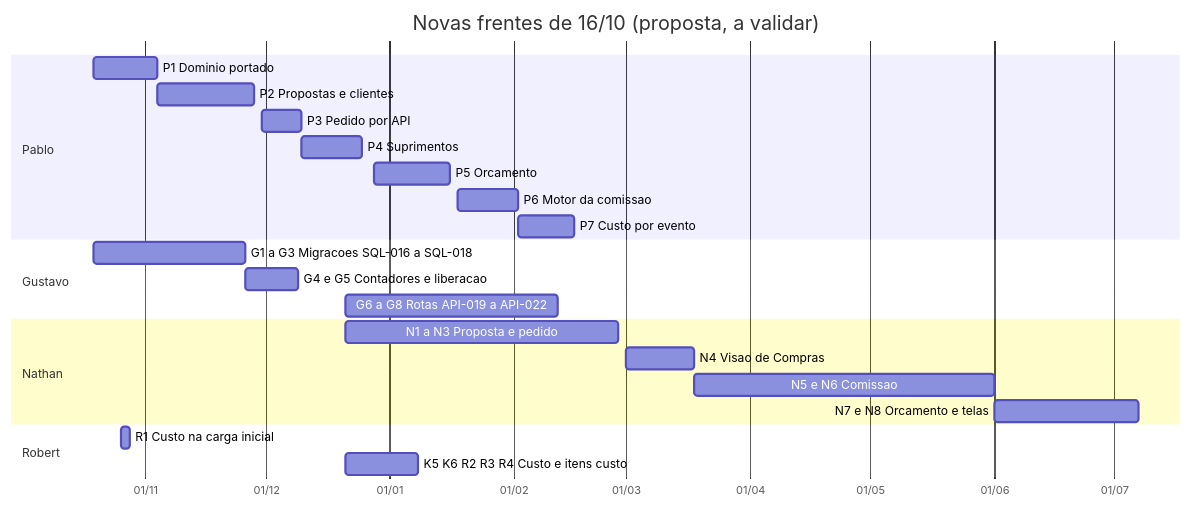
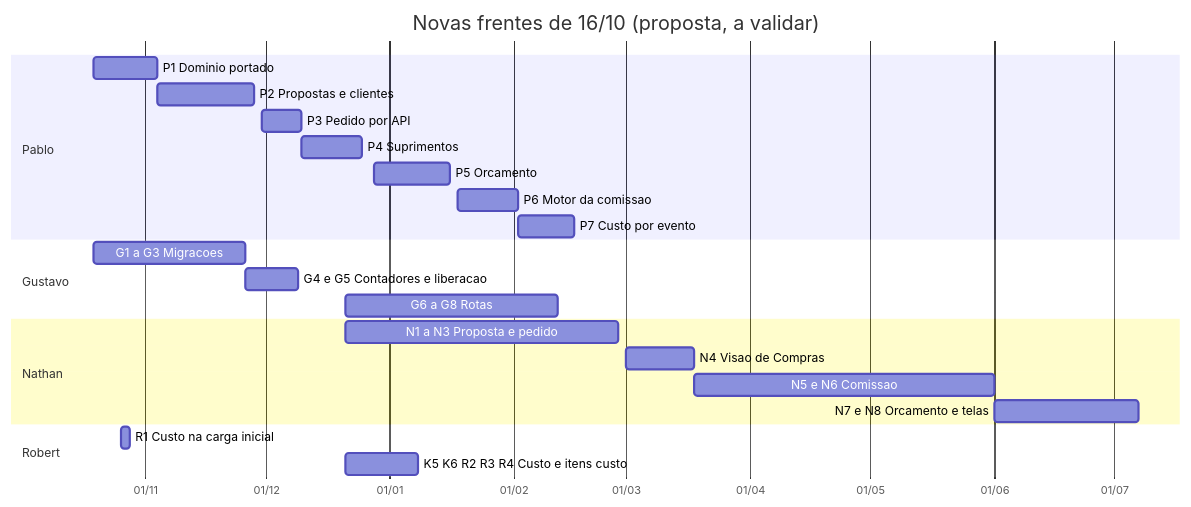
One commit to Acosvital/vault-avhub-mer changed the first of 2 diagrams in 01-Projeto/Cronograma.md. Above: the diagram before and after it, drawn with Mermaid. The commit also changed other lines of this file and 68 other files, not shown here.

````diff
--- a/01-Projeto/Cronograma.md
+++ b/01-Projeto/Cronograma.md
@@ -108,27 +108,27 @@
 ```mermaid
 gantt
     title Novas frentes de 16/10 (proposta, a validar)
     dateFormat YYYY-MM-DD
     axisFormat %d/%m
     inclusiveEndDates
     section Pablo
     P1 Dominio portado :p1, 2026-10-19, 2026-11-03
     P2 Propostas e clientes :p2, 2026-11-04, 2026-11-27
     P3 Pedido por API :p3, 2026-11-30, 2026-12-09
     P4 Suprimentos :p4, 2026-12-10, 2026-12-24
     P5 Orcamento :p5, 2026-12-28, 2027-01-15
     P6 Motor da comissao :p6, 2027-01-18, 2027-02-01
     P7 Custo por evento :p7, 2027-02-02, 2027-02-15
     section Gustavo
-    G1 a G3 Migracoes SQL-016 a SQL-018 :g1, 2026-10-19, 2026-11-25
+    G1 a G3 Migracoes :g1, 2026-10-19, 2026-11-25
     G4 e G5 Contadores e liberacao :g4, 2026-11-26, 2026-12-08
-    G6 a G8 Rotas API-019 a API-022 :g6, 2026-12-21, 2027-02-11
+    G6 a G8 Rotas :g6, 2026-12-21, 2027-02-11
     section Nathan
     N1 a N3 Proposta e pedido :n1, 2026-12-21, 2027-02-26
     N4 Visao de Compras :n4, 2027-03-01, 2027-03-17
     N5 e N6 Comissao :n5, 2027-03-18, 2027-05-31
     N7 e N8 Orcamento e telas :n7, 2027-06-01, 2027-07-06
     section Robert
     R1 Custo na carga inicial :r1, 2026-10-26, 2026-10-27
     K5 K6 R2 R3 R4 Custo e itens custo :r2, 2026-12-21, 2027-01-07
 ```
````
